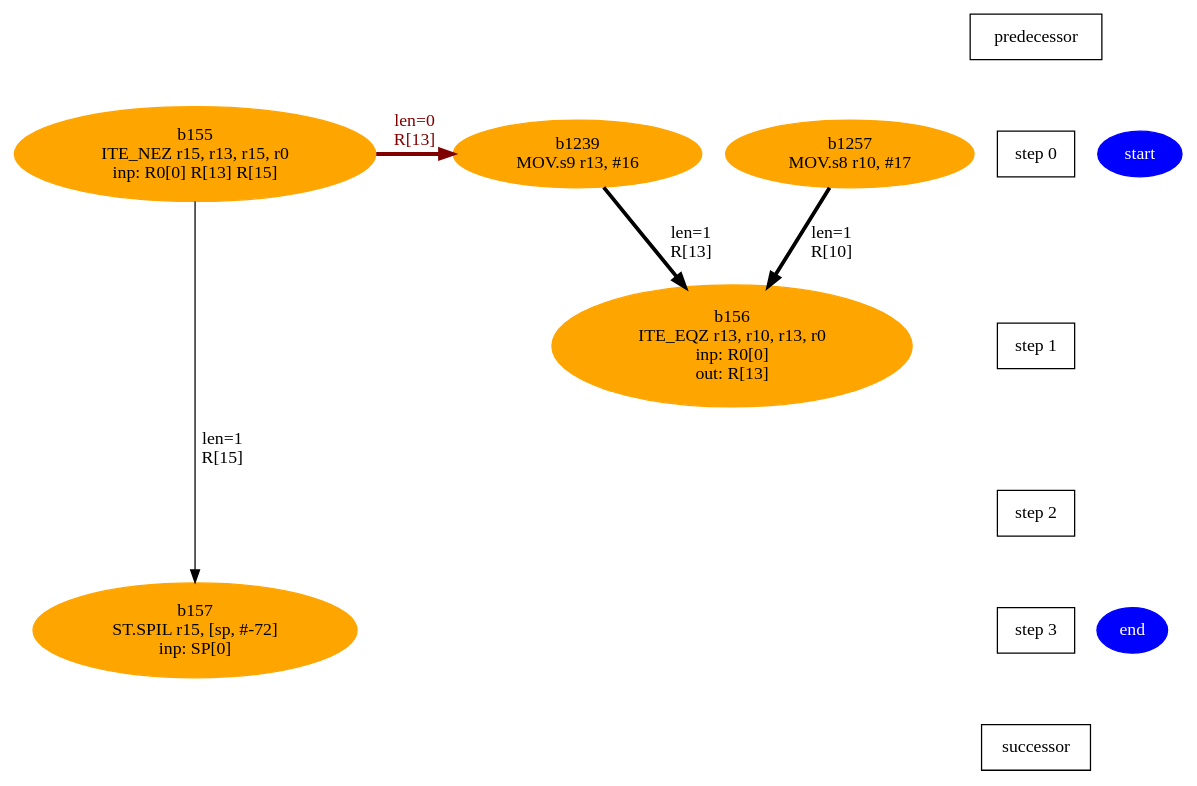
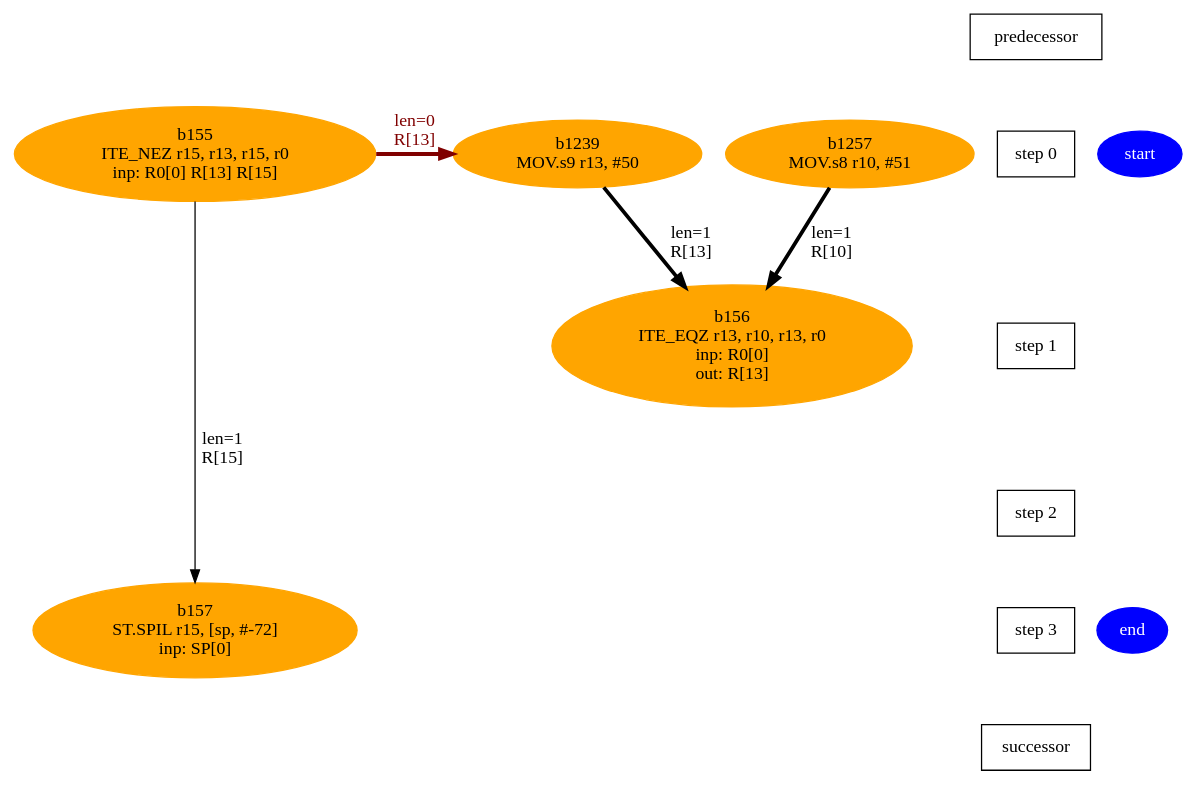
The diagram in testGen/Work/aie/1_0/Release/chesswork/1_0-main__s2_info/m140.dot (lxy-littlechai/SVD), drawn with Graphviz before and after one commit. The commit also changed 9662 other files, not shown here.

```diff
--- a/testGen/Work/aie/1_0/Release/chesswork/1_0-main__s2_info/m140.dot
+++ b/testGen/Work/aie/1_0/Release/chesswork/1_0-main__s2_info/m140.dot
@@ -1,24 +1,24 @@
 digraph N {
  b155[color=orange,fontcolor=black,style=filled,label="b155\nITE_NEZ r15, r13, r15, r0\ninp: R0[0] R[13] R[15]"];  {rank=same; S0;  b155;}
  b156[color=orange,fontcolor=black,style=filled,label="b156\nITE_EQZ r13, r10, r13, r0\ninp: R0[0]\nout: R[13]"];  {rank=same; S1;  b156;}
  b157[color=orange,fontcolor=black,style=filled,label="b157\nST.SPIL r15, [sp, #-72]\ninp: SP[0]"];  {rank=same; S3;  b157;}
- b1239[color=orange,fontcolor=black,style=filled,label="b1239\nMOV.s9 r13, #16"];  {rank=same; S0;  b1239;}
- b1257[color=orange,fontcolor=black,style=filled,label="b1257\nMOV.s8 r10, #17"];  {rank=same; S0;  b1257;}
+ b1239[color=orange,fontcolor=black,style=filled,label="b1239\nMOV.s9 r13, #50"];  {rank=same; S0;  b1239;}
+ b1257[color=orange,fontcolor=black,style=filled,label="b1257\nMOV.s8 r10, #51"];  {rank=same; S0;  b1257;}
  start [color=blue,fontcolor=white,style=filled,label="start"];  {rank=same; S0;  start;}
  end [color=blue,fontcolor=white,style=filled,label="end"];  {rank=same; S3;  end;}
    b155 -> b1239 [color=maroon,fontcolor=maroon,penwidth=3,label="len=0\nR[13]",weight=1000];
    b155 -> b157 [color=black,fontcolor=black,label="len=1\nR[15]",weight=1000];
    b1239 -> b156 [color=black,fontcolor=black,penwidth=3,label="len=1\nR[13]",weight=1000];
    b1257 -> b156 [color=black,fontcolor=black,penwidth=3,label="len=1\nR[10]",weight=1000];
   Sm1 [label="predecessor",shape=box];
   S0 [label="step 0",shape=box];
   Sm1 -> S0[style=invis,weight=9000];
   S1 [label="step 1",shape=box];
   S0 -> S1[style=invis,weight=9000];
   S2 [label="step 2",shape=box];
   S1 -> S2[style=invis,weight=9000];
   S3 [label="step 3",shape=box];
   S2 -> S3[style=invis,weight=9000];
   S4 [label="successor",shape=box];
   S3 -> S4[style=invis,weight=9000];
 }
```
